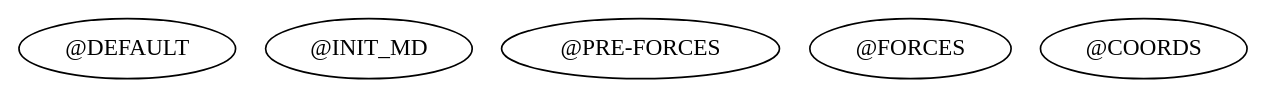
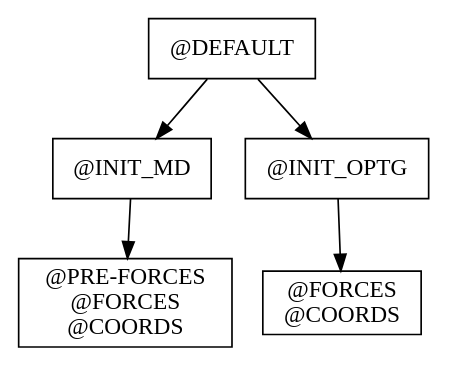
One commit to MolSSI-MDI/MDI_lammps changed the diagram in report/graphs/node-report.gv. Above: the diagram before and after it, drawn with Graphviz. The commit also changed 3 other files, not shown here.

Commit message:
Fix node graph

```diff
--- a/report/graphs/node-report.gv
+++ b/report/graphs/node-report.gv
@@ -1,8 +1,15 @@
 // Node Report
 digraph {
-	"@DEFAULT" [label="@DEFAULT"]
-	"@INIT_MD" [label="@INIT_MD"]
-	"@PRE-FORCES" [label="@PRE-FORCES"]
-	"@FORCES" [label="@FORCES"]
-	"@COORDS" [label="@COORDS"]
+	"@DEFAULT" [label="@DEFAULT" shape=box]
+	"@INIT_MD" [label="@INIT_MD" shape=box]
+	"@INIT_OPTG" [label="@INIT_OPTG" shape=box]
+	"@INIT_MD_" [label="@PRE-FORCES
+@FORCES
+@COORDS" shape=box]
+	"@INIT_OPTG_" [label="@FORCES
+@COORDS" shape=box]
+	"@DEFAULT" -> "@INIT_MD"
+	"@DEFAULT" -> "@INIT_OPTG"
+	"@INIT_MD" -> "@INIT_MD_"
+	"@INIT_OPTG" -> "@INIT_OPTG_"
 }
```
